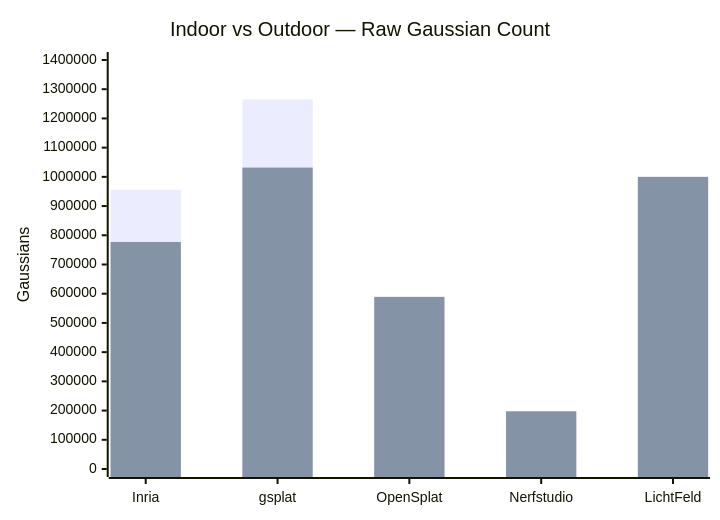
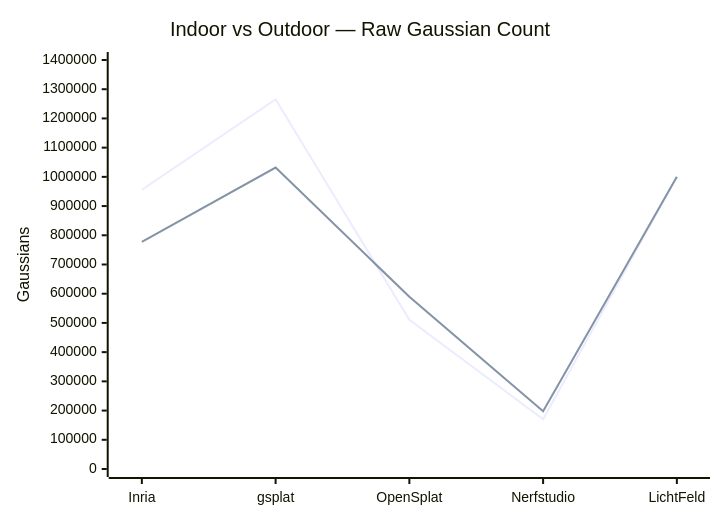
The first of 3 diagrams in benchmark/indoor-vs-outdoor.md (CGVGroup/gaussian-splatting-tools-comparison), drawn with Mermaid before and after one commit. The commit also changed other lines of this file, not shown here.

````diff
--- a/benchmark/indoor-vs-outdoor.md
+++ b/benchmark/indoor-vs-outdoor.md
@@ -50,8 +50,8 @@
 ```mermaid
 xychart-beta
     title "Indoor vs Outdoor — Raw Gaussian Count"
     x-axis ["Inria","gsplat","OpenSplat","Nerfstudio","LichtFeld"]
     y-axis "Gaussians" 0 --> 1400000
-    bar [955819,1265239,510870,170150,1000000]
-    bar [777067,1031707,589291,197545,1000000]
+    line [955819,1265239,510870,170150,1000000]
+    line [777067,1031707,589291,197545,1000000]
 ```
````
